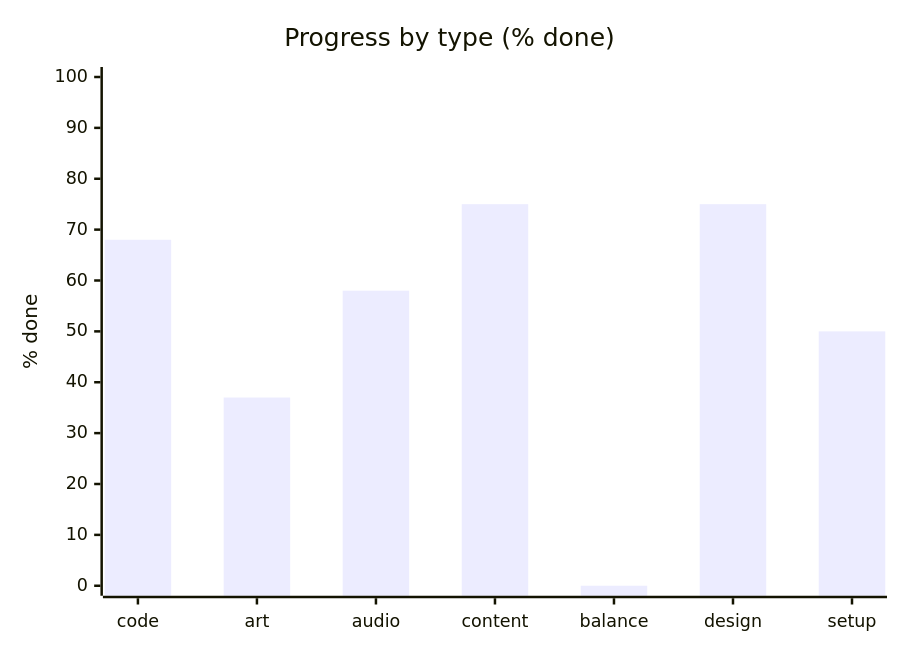
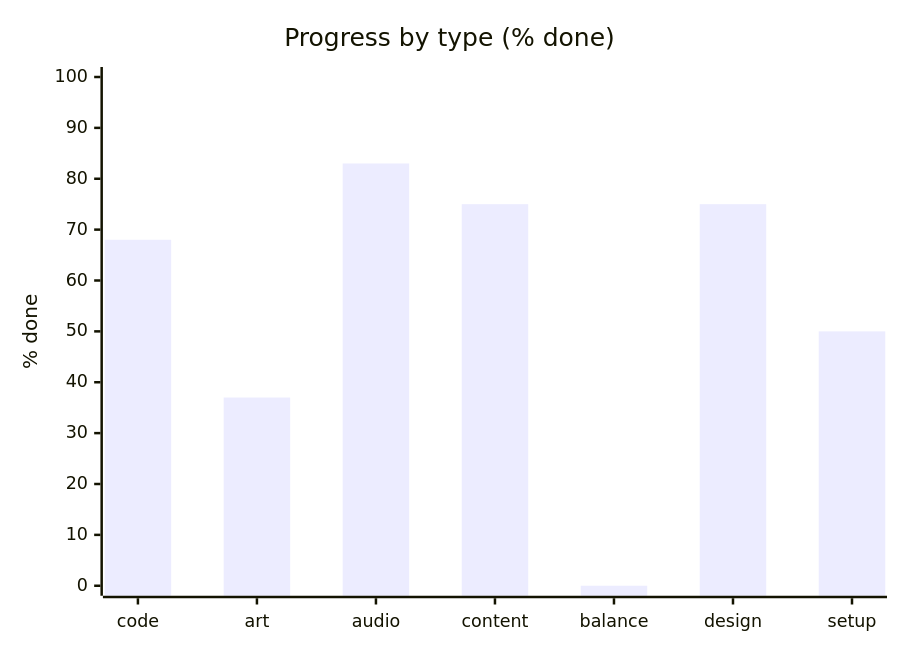
The second of 3 diagrams in STATUS.md (artemiiShabanov/RallyRivals), drawn with Mermaid before and after one commit. The commit also changed other lines of this file and 25 other files, not shown here.

````diff
--- a/STATUS.md
+++ b/STATUS.md
@@ -17,7 +17,7 @@
 ```mermaid
 xychart-beta
     title "Progress by type (% done)"
     x-axis ["code", "art", "audio", "content", "balance", "design", "setup"]
     y-axis "% done" 0 --> 100
-    bar [68, 37, 58, 75, 0, 75, 50]
+    bar [68, 37, 83, 75, 0, 75, 50]
 ```
````
